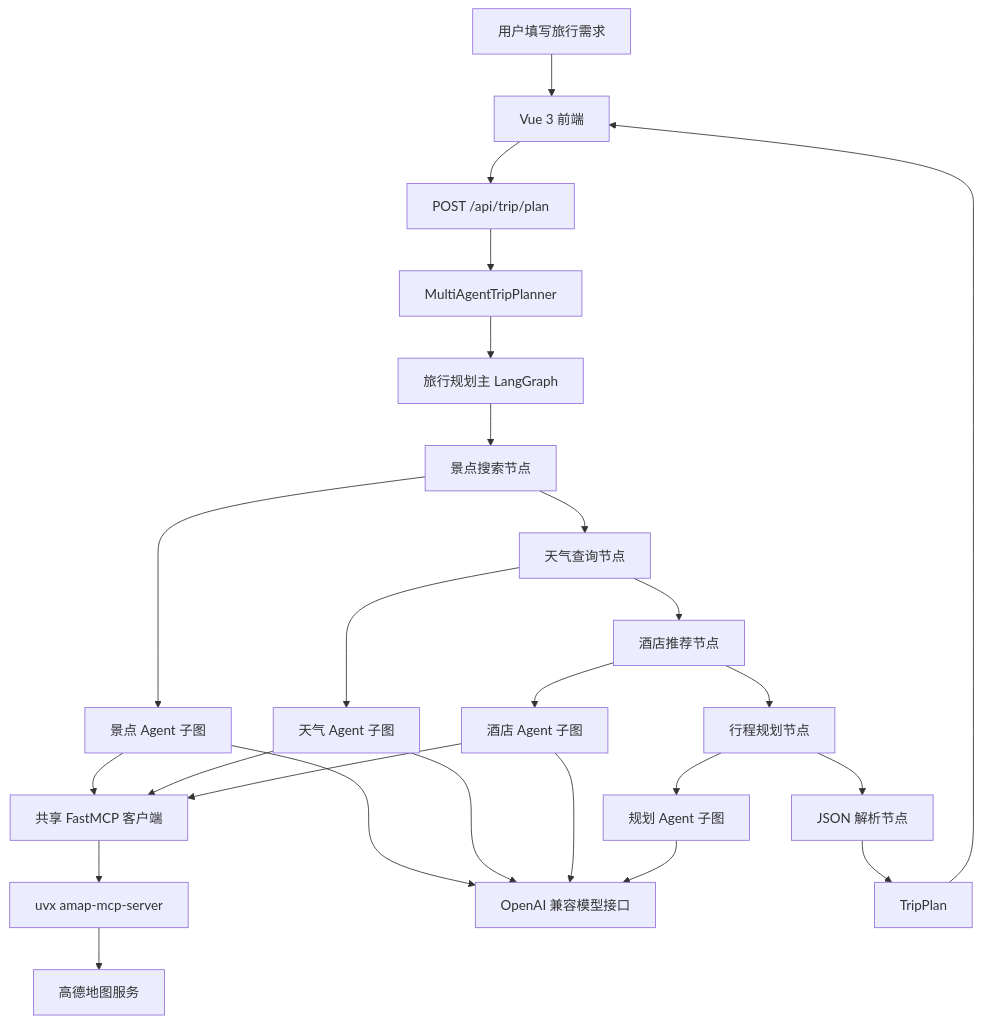
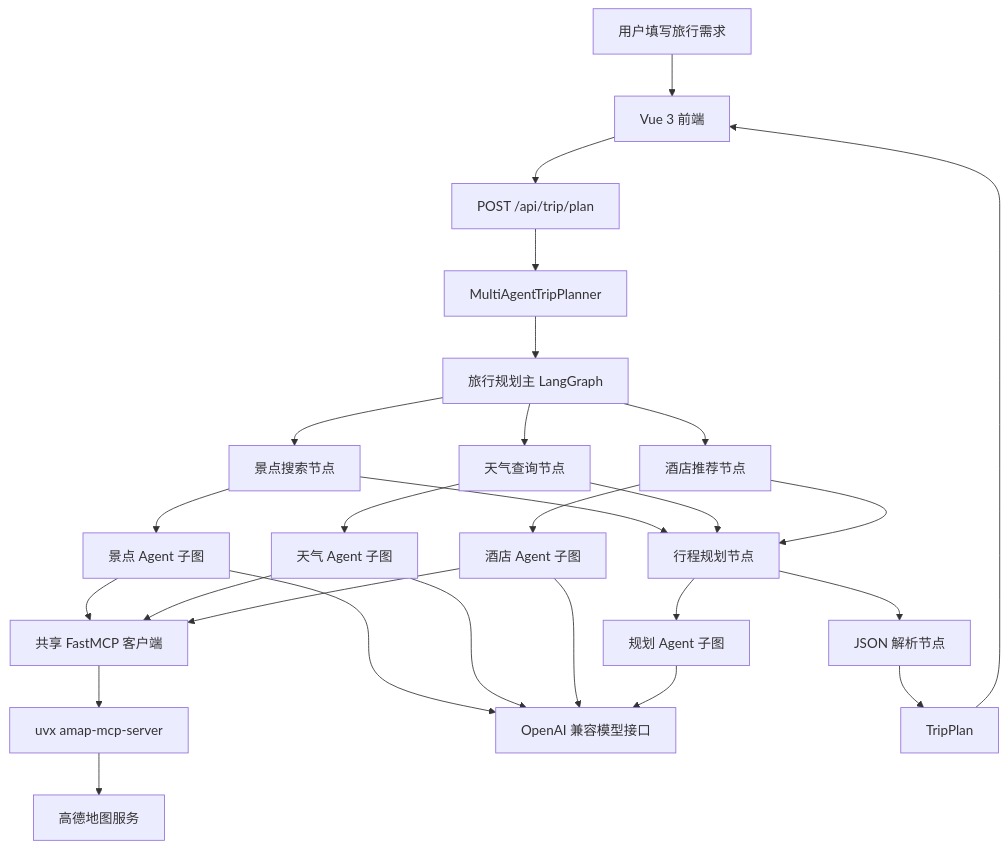
The diagram in README.md (sanhuaz/Agent_study), drawn with Mermaid before and after one commit. The commit also changed other lines of this file and 14 other files, not shown here.

````diff
--- a/README.md
+++ b/README.md
@@ -29,32 +29,34 @@
 ```mermaid
 flowchart TD
     U[用户填写旅行需求] --> V[Vue 3 前端]
     V --> API[POST /api/trip/plan]
     API --> F[MultiAgentTripPlanner]
     F --> G[旅行规划主 LangGraph]
 
     G --> A[景点搜索节点]
-    A --> W[天气查询节点]
-    W --> H[酒店推荐节点]
-    H --> P[行程规划节点]
+    G --> W[天气查询节点]
+    G --> H[酒店推荐节点]
+    A --> P[行程规划节点]
+    W --> P
+    H --> P
     P --> R[JSON 解析节点]
 
     A --> AG1[景点 Agent 子图]
     W --> AG2[天气 Agent 子图]
     H --> AG3[酒店 Agent 子图]
     P --> AG4[规划 Agent 子图]
 
     AG1 --> MCP[共享 FastMCP 客户端]
     AG2 --> MCP
     AG3 --> MCP
     MCP --> AMCP[uvx amap-mcp-server]
     AMCP --> AMAP[高德地图服务]
 
     AG1 --> LLM[OpenAI 兼容模型接口]
     AG2 --> LLM
     AG3 --> LLM
     AG4 --> LLM
 
     R --> PLAN[TripPlan]
     PLAN --> V
 ```
````
